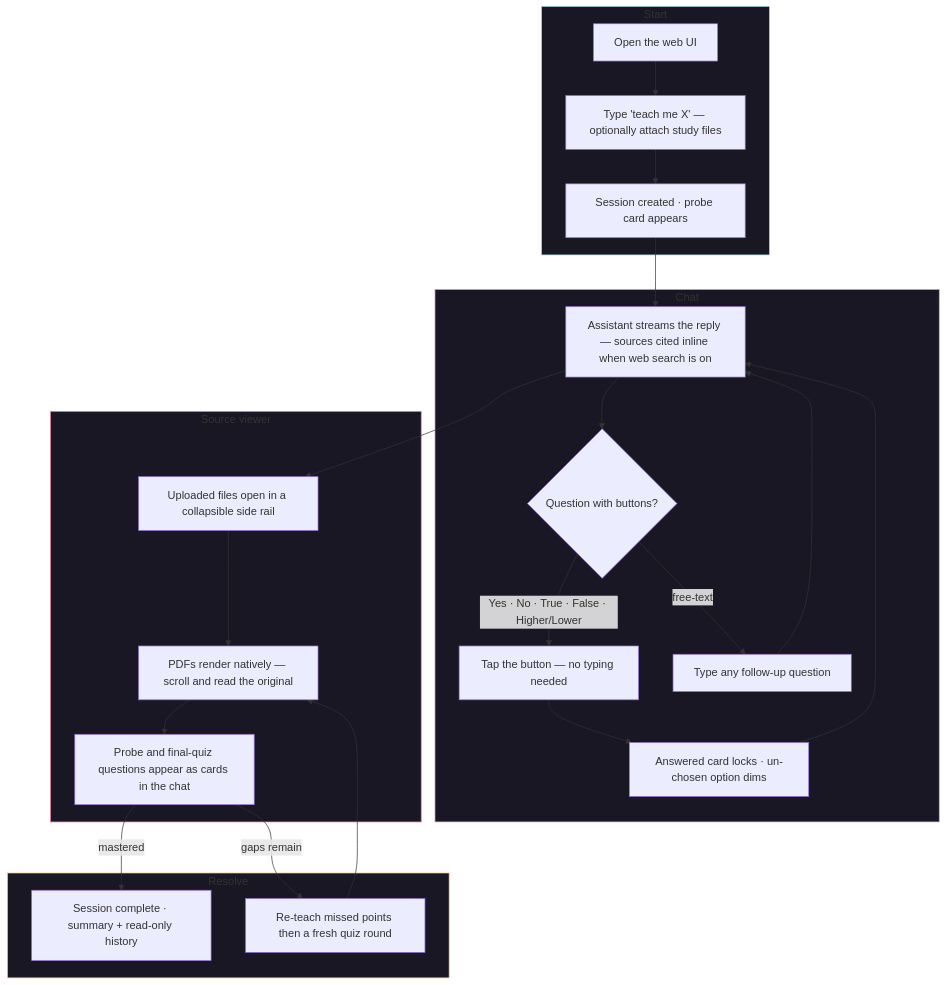
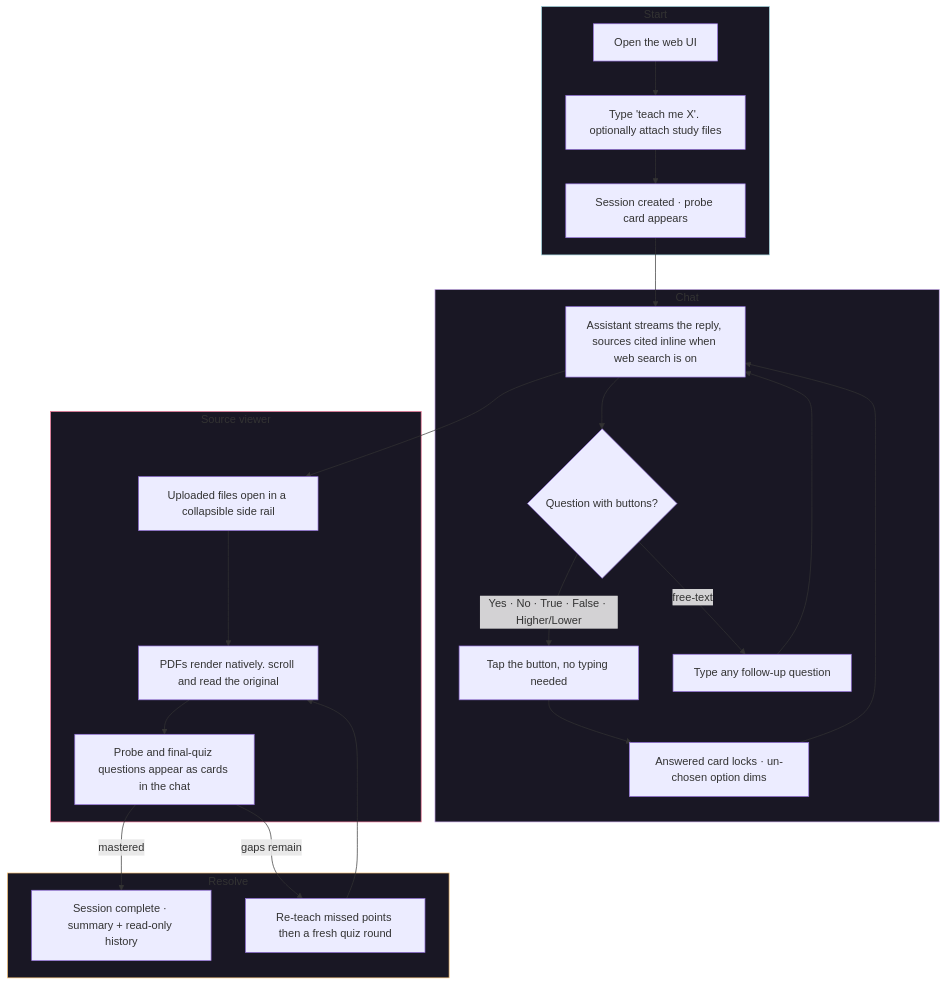
Before and after one commit to totallynotbrent/Sage: the diagram in docs/ui.md, drawn with Mermaid. The commit also changed 37 other files, not shown here.

````diff
--- a/docs/ui.md
+++ b/docs/ui.md
@@ -8,29 +8,29 @@
 ```mermaid
 flowchart TB
     subgraph A0["Start"]
-        A["Open the web UI"] --> B["Type 'teach me X' — optionally attach study files"]
+        A["Open the web UI"] --> B["Type 'teach me X'. optionally attach study files"]
         B --> C["Session created · probe card appears"]
     end
     subgraph A1["Chat"]
-        C --> D["Assistant streams the reply — sources cited inline when web search is on"]
+        C --> D["Assistant streams the reply, sources cited inline when web search is on"]
         D --> E{"Question with buttons?"}
-        E -->|"Yes · No · True · False · Higher/Lower"| F["Tap the button — no typing needed"]
+        E -->|"Yes · No · True · False · Higher/Lower"| F["Tap the button, no typing needed"]
         E -->|"free-text"| G["Type any follow-up question"]
         F --> H["Answered card locks · un-chosen option dims"]
         G --> D
         H --> D
     end
     subgraph A2["Source viewer"]
         D --> I["Uploaded files open in a collapsible side rail"]
-        I --> J["PDFs render natively — scroll and read the original"]
+        I --> J["PDFs render natively. scroll and read the original"]
         J --> K["Probe and final-quiz questions appear as cards in the chat"]
     end
     subgraph A3["Resolve"]
         K -->|"mastered"| L["Session complete · summary + read-only history"]
         K -->|"gaps remain"| M["Re-teach missed points then a fresh quiz round"] --> J
     end
     style A0 fill:#191724,stroke:#9ccfd8
     style A1 fill:#191724,stroke:#c4a7e7
     style A2 fill:#191724,stroke:#eb6f92
     style A3 fill:#191724,stroke:#f6c177
 ```
````
